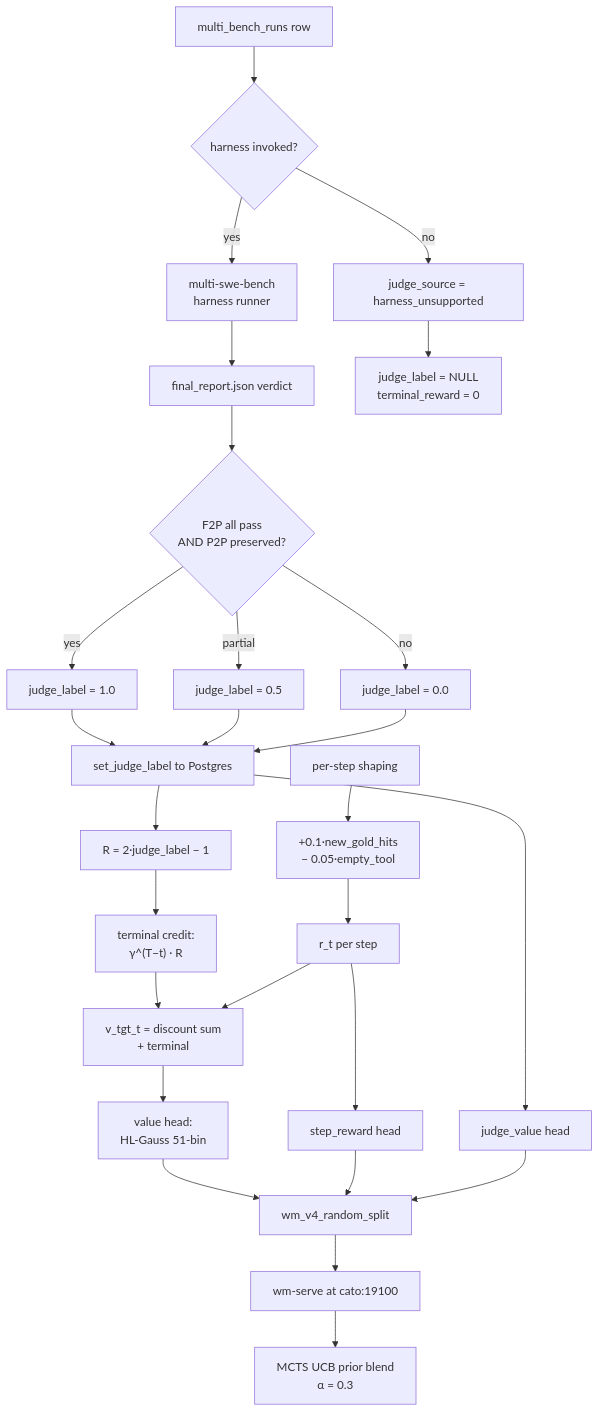
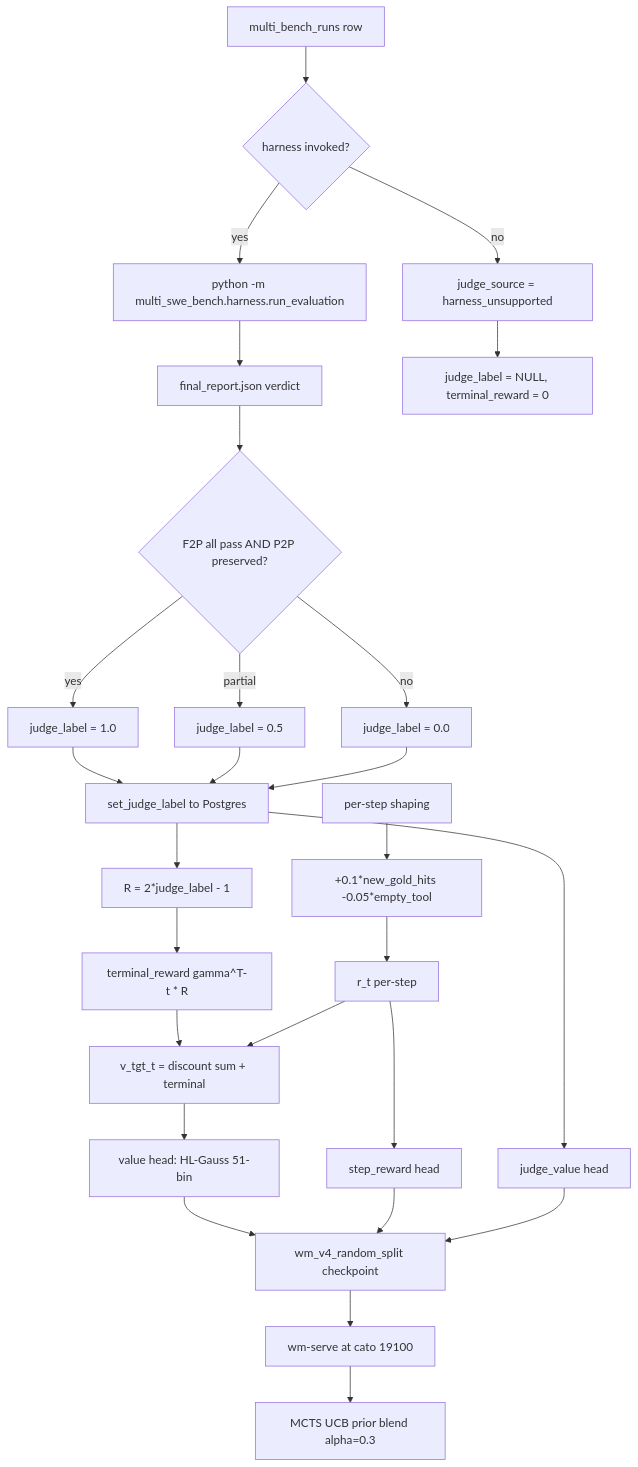
Before and after one commit to samrathchadha/perseusresearch: the diagram in src/content/essays/reward-modeling.mdx, drawn with Mermaid. The commit also changed other lines of this file and 31 other files, not shown here.

````diff
--- a/src/content/essays/reward-modeling.mdx
+++ b/src/content/essays/reward-modeling.mdx
@@ -384,30 +709,34 @@
 ```mermaid
 flowchart TD
-    A[multi_bench_runs row]
-    A --> B{harness invoked?}
-    B -- yes --> C[multi-swe-bench\nharness runner]
+    A[multi_bench_runs row] --> B{harness invoked?}
+    B -- yes --> C[python -m multi_swe_bench.harness.run_evaluation]
     B -- no --> Z[judge_source = harness_unsupported]
     C --> D[final_report.json verdict]
-    D --> E{F2P all pass\nAND P2P preserved?}
+    D --> E{F2P all pass AND P2P preserved?}
     E -- yes --> F[judge_label = 1.0]
     E -- partial --> G[judge_label = 0.5]
     E -- no --> H[judge_label = 0.0]
+
     F --> I[set_judge_label to Postgres]
     G --> I
     H --> I
-    Z --> J[judge_label = NULL\nterminal_reward = 0]
-    I --> K["R = 2·judge_label − 1"]
-    K --> L["terminal credit:\nγ^(T−t) · R"]
-    L --> M["v_tgt_t = discount sum\n+ terminal"]
-    N[per-step shaping] --> O["+0.1·new_gold_hits\n− 0.05·empty_tool"]
-    O --> P[r_t per step]
+    Z --> J[judge_label = NULL, terminal_reward = 0]
+
+    I --> K[R = 2*judge_label - 1]
+    K --> L[terminal_reward gamma^T-t * R]
+    L --> M[v_tgt_t = discount sum + terminal]
+
+    N[per-step shaping] --> O[+0.1*new_gold_hits -0.05*empty_tool]
+    O --> P[r_t per-step]
     P --> M
-    M --> Q[value head:\nHL-Gauss 51-bin]
+
+    M --> Q[value head: HL-Gauss 51-bin]
     P --> R2[step_reward head]
     I --> S[judge_value head]
-    Q --> T[wm_v4_random_split]
+
+    Q --> T[wm_v4_random_split checkpoint]
     R2 --> T
     S --> T
-    T --> U[wm-serve at cato:19100]
-    U --> V["MCTS UCB prior blend\nα = 0.3"]
+    T --> U[wm-serve at cato 19100]
+    U --> V[MCTS UCB prior blend alpha=0.3]
 ```
````
